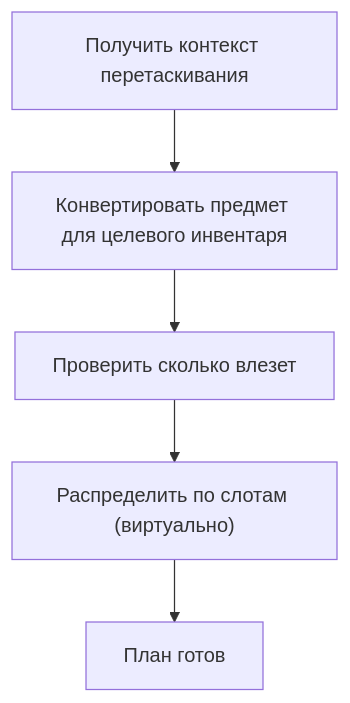
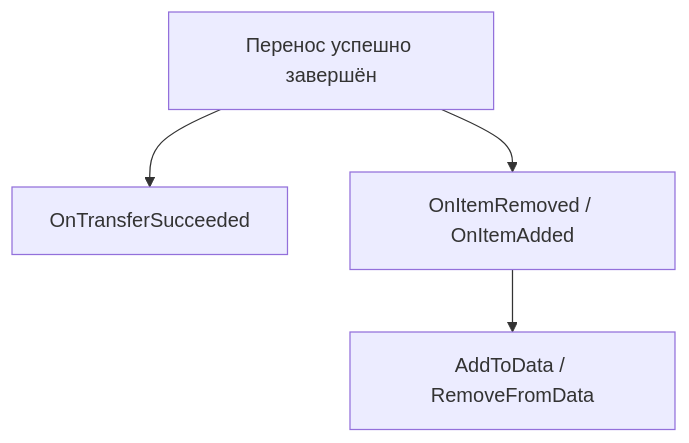
Before and after one commit to SergeevSergey99/DragAndDropSystem-Docs: the fourth of 5 diagrams in .docs/content/architecture/transfer-pipeline.md, drawn with Mermaid. The commit also changed other lines of this file and 16 other files, not shown here.

````diff
--- a/.docs/content/architecture/transfer-pipeline.md
+++ b/.docs/content/architecture/transfer-pipeline.md
@@ -61,7 +94,6 @@
 ```mermaid
 flowchart TD
-    A["Получить контекст перетаскивания"] --> B["Конвертировать предмет для целевого инвентаря"]
-    B --> C["Проверить сколько влезет"]
-    C --> D["Распределить по слотам (виртуально)"]
-    D --> E["План готов"]
+    A["Перенос успешно завершён"] --> B["OnTransferSucceeded"]
+    A --> C["OnItemRemoved / OnItemAdded"]
+    C --> D["AddToData / RemoveFromData"]
 ```
````
